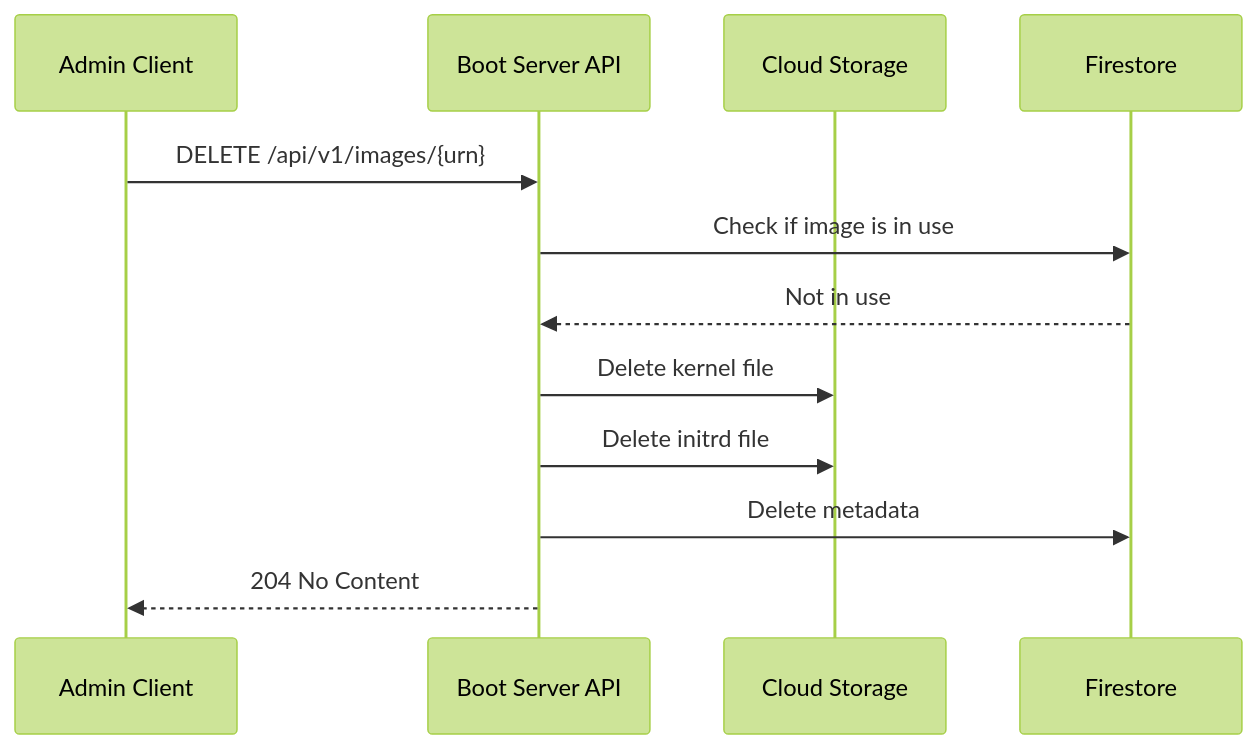
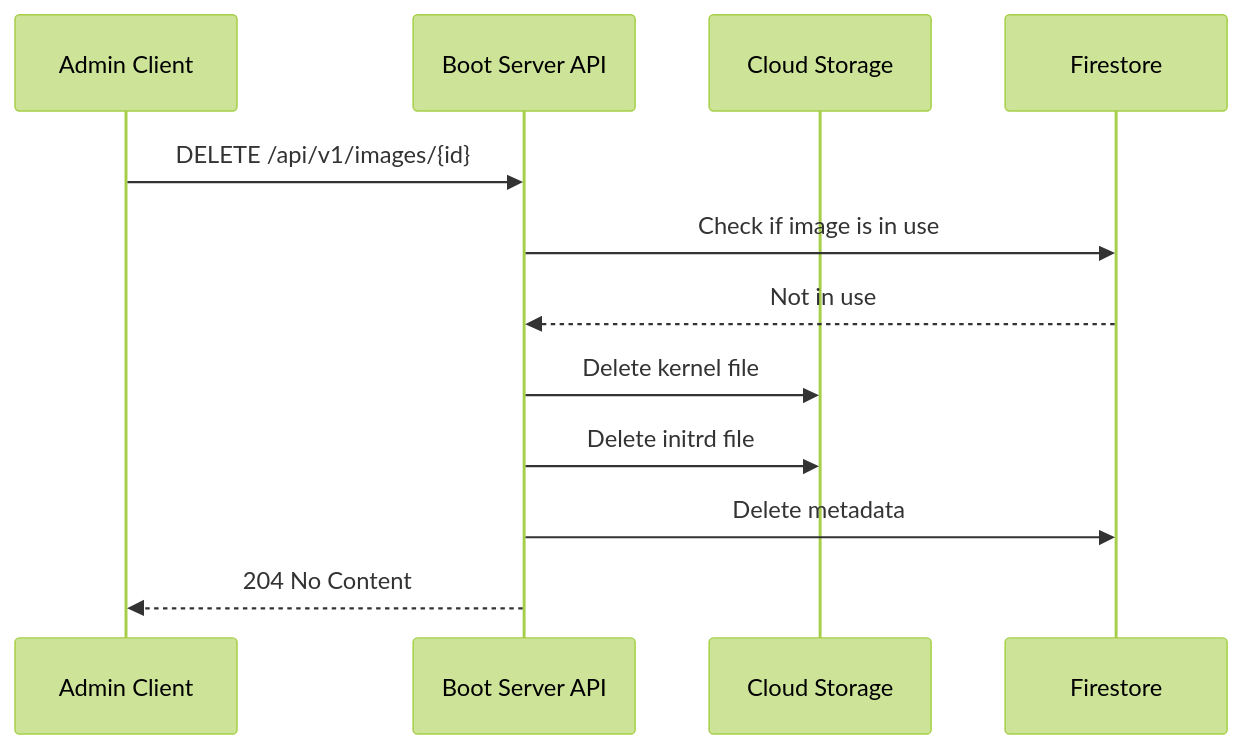
One commit to Zaba505/infra changed the fourth of 15 diagrams in docs/content/r&d/services/boot/admin-api.md. Above: the diagram before and after it, drawn with Mermaid (forest theme). The commit also changed other lines of this file and 1 other file, not shown here.

Commit message:
docs(issue-605): update admin api based on resource id adr

````diff
--- a/docs/content/r&d/services/boot/admin-api.md
+++ b/docs/content/r&d/services/boot/admin-api.md
@@ -265,15 +265,15 @@
 ```mermaid
 sequenceDiagram
     participant Client as Admin Client
     participant API as Boot Server API
     participant Storage as Cloud Storage
     participant DB as Firestore
     
-    Client->>API: DELETE /api/v1/images/{urn}
+    Client->>API: DELETE /api/v1/images/{id}
     API->>DB: Check if image is in use
     DB-->>API: Not in use
     API->>Storage: Delete kernel file
     API->>Storage: Delete initrd file
     API->>DB: Delete metadata
     API-->>Client: 204 No Content
 ```
````
